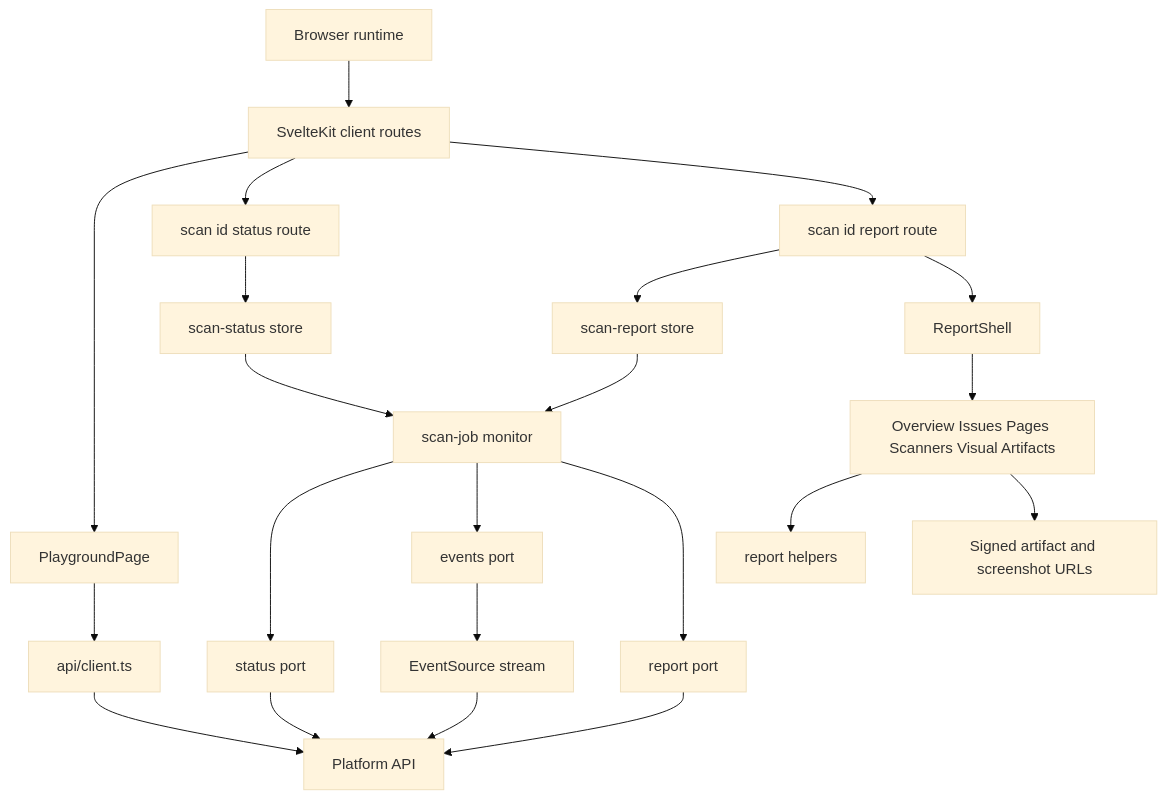
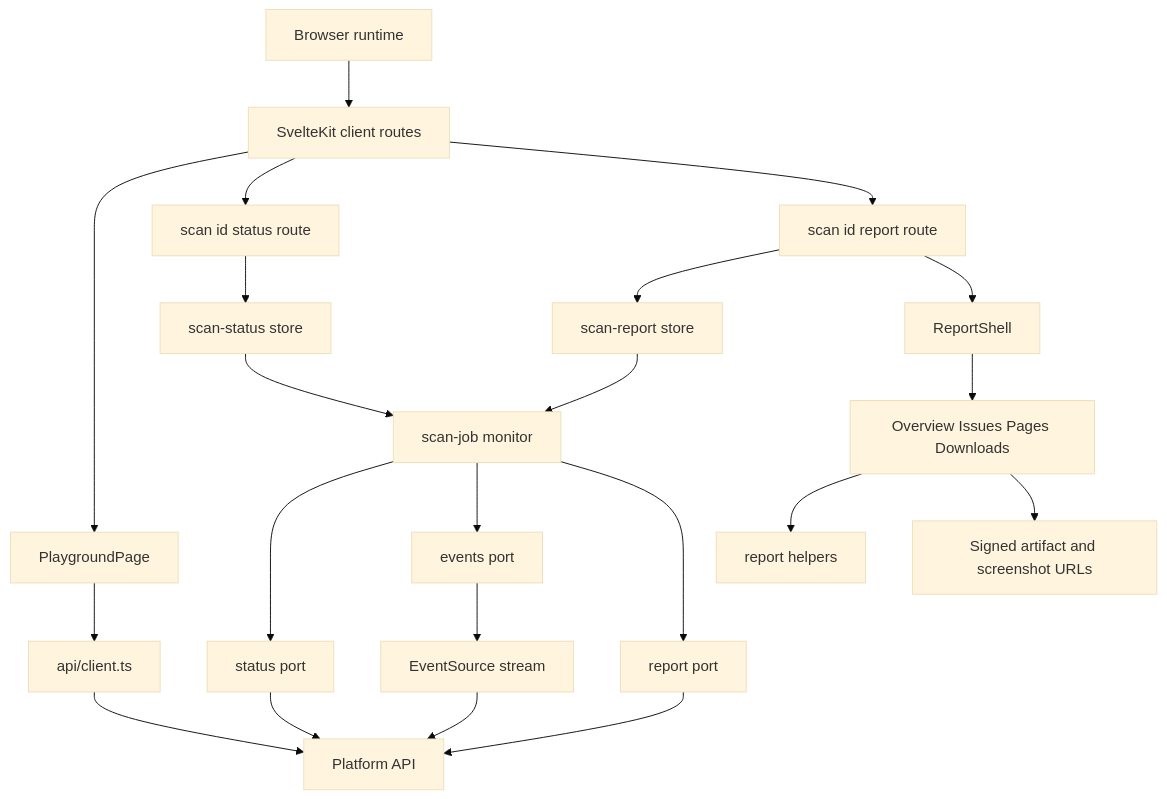
The first of 4 diagrams in clients/web/docs/repo-map.md (mattboback/stageflow), drawn with Mermaid (base theme) before and after one commit. The commit also changed other lines of this file and 31 other files, not shown here.

Commit message:
feat(web): consolidate report views

````diff
--- a/clients/web/docs/repo-map.md
+++ b/clients/web/docs/repo-map.md
@@ -29,27 +29,27 @@
 ```mermaid
 flowchart TD
   Browser[Browser runtime] --> Routes[SvelteKit client routes]
   Routes --> Playground[PlaygroundPage]
   Routes --> StatusRoute[scan id status route]
   Routes --> ReportRoute[scan id report route]
 
   Playground --> ApiClient[api/client.ts]
   ApiClient --> PlatformAPI[Platform API]
 
   StatusRoute --> StatusStore[scan-status store]
   ReportRoute --> ReportStore[scan-report store]
   StatusStore --> Monitor[scan-job monitor]
   ReportStore --> Monitor
   Monitor --> StatusPort[status port]
   Monitor --> EventsPort[events port]
   Monitor --> ReportPort[report port]
   StatusPort --> PlatformAPI
   EventsPort --> SSE[EventSource stream]
   ReportPort --> PlatformAPI
   SSE --> PlatformAPI
 
   ReportRoute --> ReportShell[ReportShell]
-  ReportShell --> ReportViews[Overview Issues Pages Scanners Visual Artifacts]
+  ReportShell --> ReportViews[Overview Issues Pages Downloads]
   ReportViews --> ReportHelpers[report helpers]
   ReportViews --> Artifacts[Signed artifact and screenshot URLs]
 ```
````
